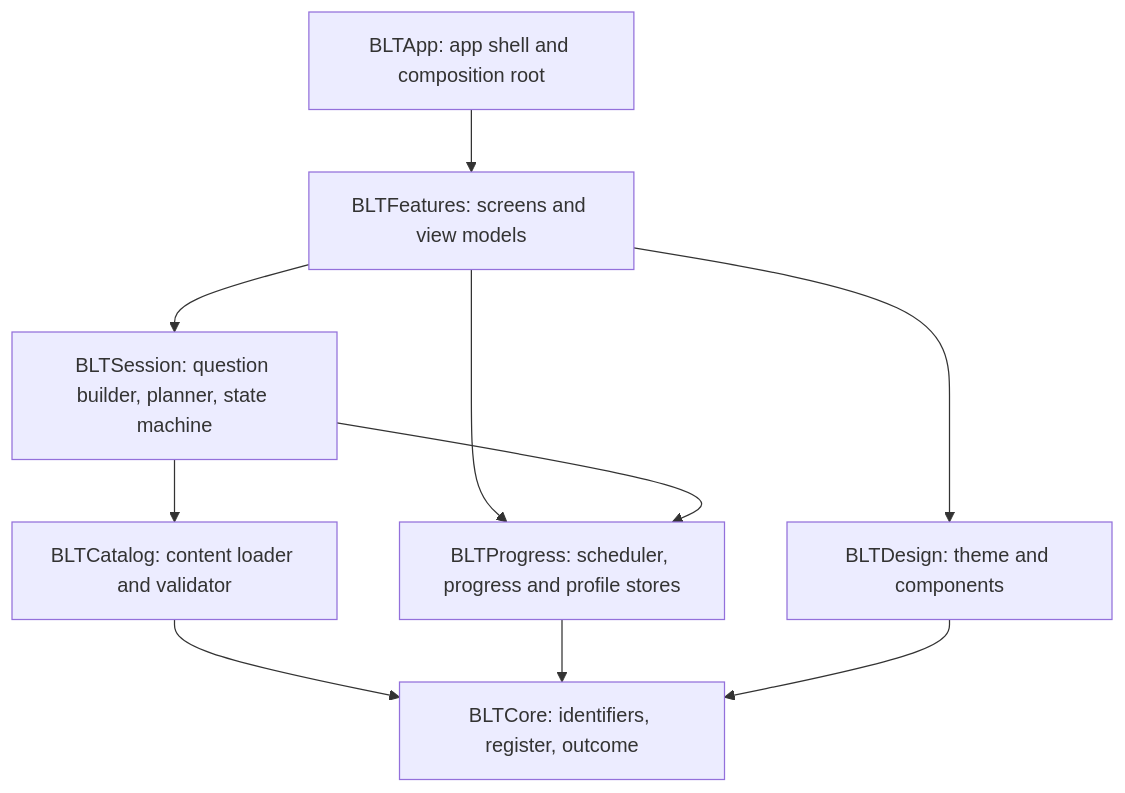
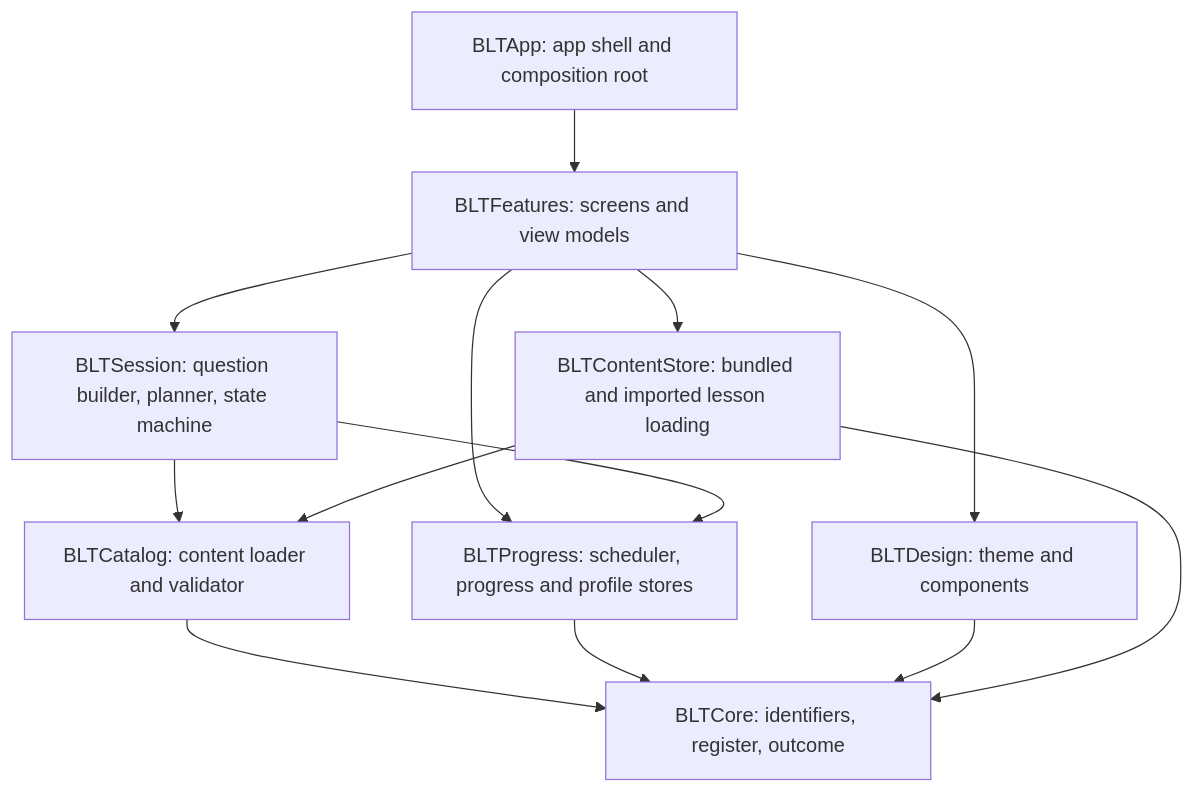
The diagram in README.md (darshan-r27/blt.ai), drawn with Mermaid before and after one commit. The commit also changed other lines of this file and 9 other files, not shown here.

First line of the commit message:
Docs: add ARCHITECTURE.md, mark the voice docs as v2, fix stale module lists

````diff
--- a/README.md
+++ b/README.md
@@ -49,12 +49,15 @@
 ```mermaid
 graph TD
     App[BLTApp: app shell and composition root] --> Features
     Features[BLTFeatures: screens and view models] --> Session
     Features --> Design[BLTDesign: theme and components]
+    Features --> ContentStore[BLTContentStore: bundled and imported lesson loading]
     Features --> Progress
     Session[BLTSession: question builder, planner, state machine] --> Catalog
     Session --> Progress[BLTProgress: scheduler, progress and profile stores]
+    ContentStore --> Catalog
     Catalog[BLTCatalog: content loader and validator] --> Core
     Progress --> Core[BLTCore: identifiers, register, outcome]
     Design --> Core
+    ContentStore --> Core
 ```
````
